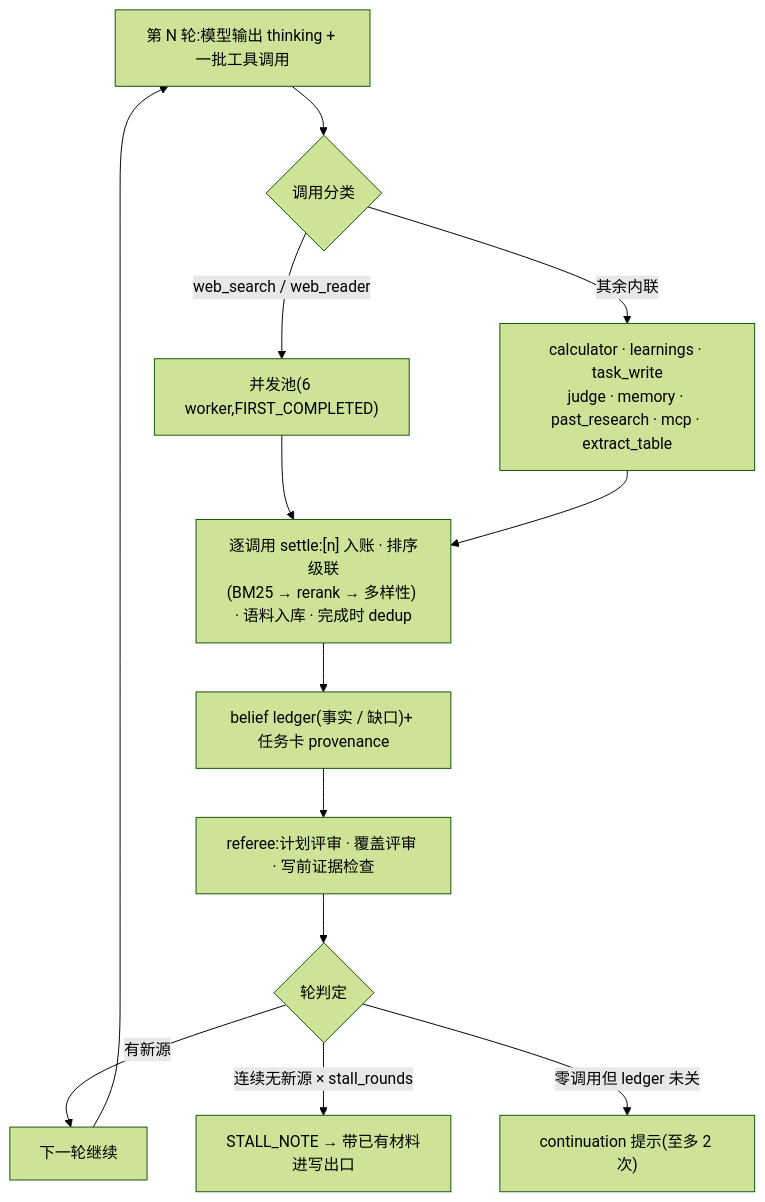
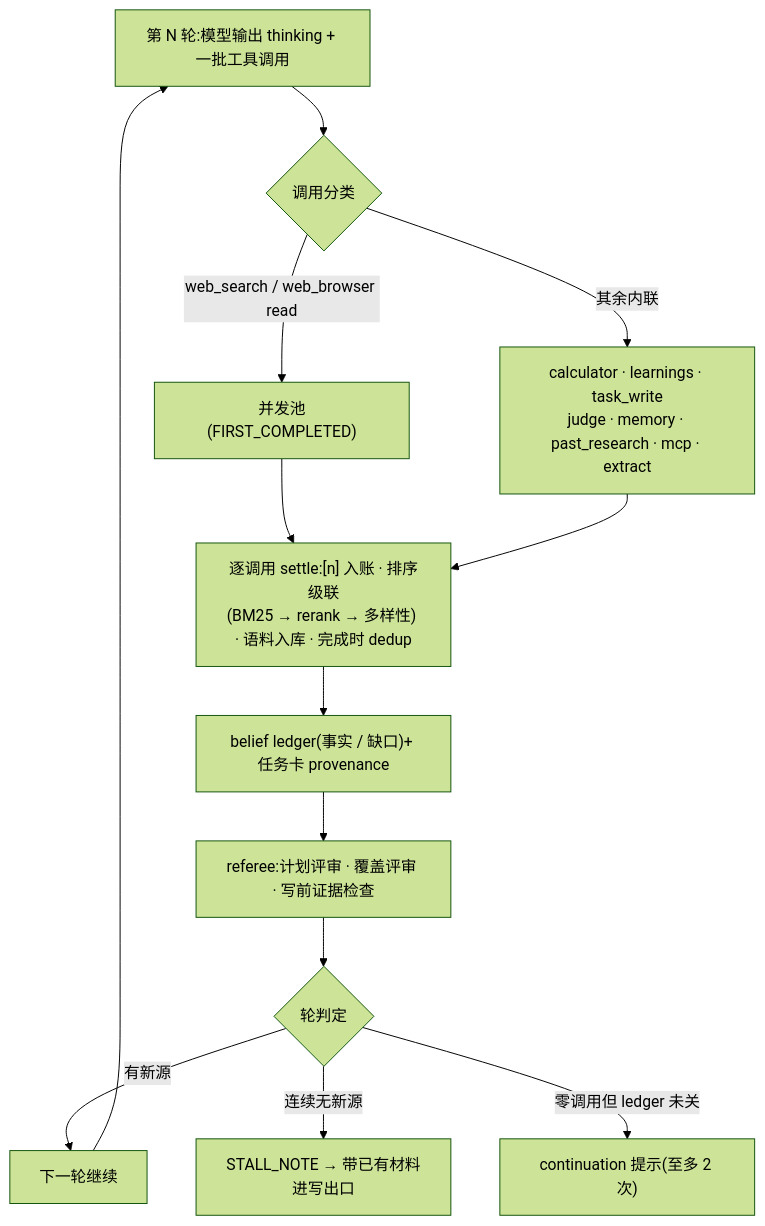
Before and after one commit to hezhijie0327/ZJSearch: the third of 5 diagrams in NEXTGEN-DESIGN.md, drawn with Mermaid (forest theme). The commit also changed other lines of this file and 3 other files, not shown here.

````diff
--- a/NEXTGEN-DESIGN.md
+++ b/NEXTGEN-DESIGN.md
@@ -701,15 +290,15 @@
 ```mermaid
 flowchart TB
   ROUND["第 N 轮:模型输出 thinking + 一批工具调用"] --> SPLIT{"调用分类"}
-  SPLIT -->|"web_search / web_reader"| POOL["并发池(6 worker,FIRST_COMPLETED)"]
-  SPLIT -->|"其余内联"| INLINE["calculator · learnings · task_write<br/>judge · memory · past_research · mcp · extract_table"]
+  SPLIT -->|"web_search / web_browser read"| POOL["并发池(FIRST_COMPLETED)"]
+  SPLIT -->|"其余内联"| INLINE["calculator · learnings · task_write<br/>judge · memory · past_research · mcp · extract"]
   POOL --> SETTLE["逐调用 settle:[n] 入账 · 排序级联<br/>(BM25 → rerank → 多样性) · 语料入库 · 完成时 dedup"]
   INLINE --> SETTLE
   SETTLE --> LEDGER["belief ledger(事实 / 缺口)+ 任务卡 provenance"]
   LEDGER --> REF["referee:计划评审 · 覆盖评审 · 写前证据检查"]
   REF --> JUDGE{"轮判定"}
   JUDGE -->|"有新源"| NEXT["下一轮继续"]
-  JUDGE -->|"连续无新源 × stall_rounds"| HALT["STALL_NOTE → 带已有材料进写出口"]
+  JUDGE -->|"连续无新源"| HALT["STALL_NOTE → 带已有材料进写出口"]
   JUDGE -->|"零调用但 ledger 未关"| NUDGE["continuation 提示(至多 2 次)"]
   NEXT --> ROUND
 ```
````
